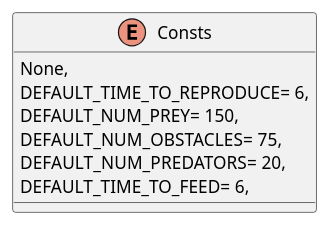
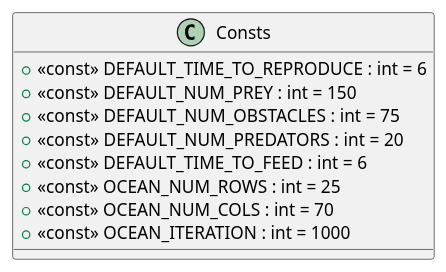
Before and after one commit to 19vano97/levelUpOOP: the diagram in plantuml/OceanLife/Consts.puml, drawn with PlantUML. The commit also changed 33 other files, not shown here.

```diff
--- a/plantuml/OceanLife/Consts.puml
+++ b/plantuml/OceanLife/Consts.puml
@@ -1,10 +1,12 @@
 @startuml
-enum Consts {
-    None,
-    DEFAULT_TIME_TO_REPRODUCE= 6,
-    DEFAULT_NUM_PREY= 150,
-    DEFAULT_NUM_OBSTACLES= 75,
-    DEFAULT_NUM_PREDATORS= 20,
-    DEFAULT_TIME_TO_FEED= 6,
+class Consts {
+    + <<const>> DEFAULT_TIME_TO_REPRODUCE : int = 6
+    + <<const>> DEFAULT_NUM_PREY : int = 150
+    + <<const>> DEFAULT_NUM_OBSTACLES : int = 75
+    + <<const>> DEFAULT_NUM_PREDATORS : int = 20
+    + <<const>> DEFAULT_TIME_TO_FEED : int = 6
+    + <<const>> OCEAN_NUM_ROWS : int = 25
+    + <<const>> OCEAN_NUM_COLS : int = 70
+    + <<const>> OCEAN_ITERATION : int = 1000
 }
 @enduml
```
